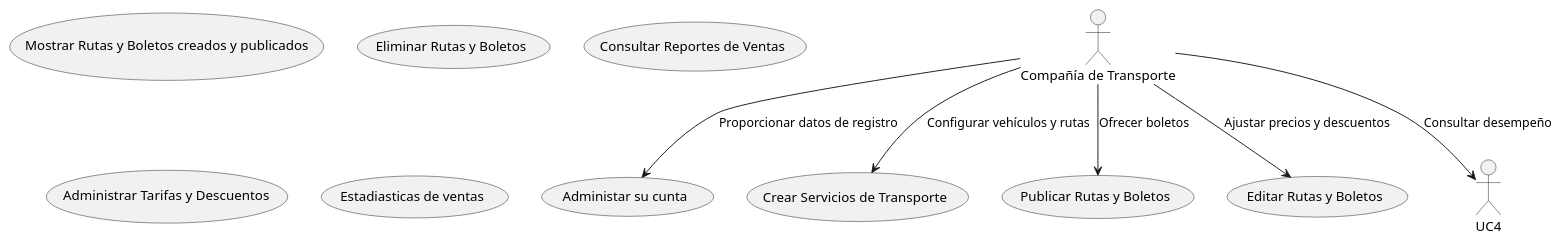
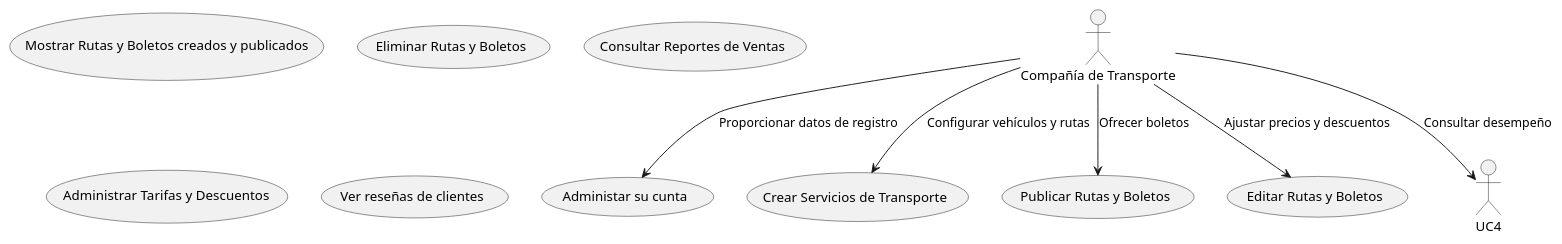
One commit to GabrielCarrilloF/AirWay---System changed the diagram in Documentation/use cases/Companies.puml. Above: the diagram before and after it, drawn with PlantUML.

Commit message:
Add useCase in Company

```diff
--- a/Documentation/use cases/Companies.puml
+++ b/Documentation/use cases/Companies.puml
@@ -1,22 +1,23 @@
 @startuml c
 actor "Compañía de Transporte" as Company
 
     usecase "Registrar Compañía" as UC1
     usecase "Administar su cunta" as UC1
     usecase "Crear Servicios de Transporte" as UC2
     usecase "Publicar Rutas y Boletos" as UC3
     usecase "Editar Rutas y Boletos" as UC5
     usecase "Mostrar Rutas y Boletos creados y publicados" as UC6
     usecase "Eliminar Rutas y Boletos" as UC7
     usecase "Consultar Reportes de Ventas" as UC8
     usecase "Administrar Tarifas y Descuentos" as UC9
     usecase "Estadiasticas de ventas" as UC10
+    usecase "Ver reseñas de clientes" as UC10
 
 
 Company --> UC1 : "Proporcionar datos de registro"
 Company --> UC2 : "Configurar vehículos y rutas"
 Company --> UC3 : "Ofrecer boletos"
 Company --> UC4 : "Consultar desempeño"
 Company --> UC5 : "Ajustar precios y descuentos"
 
 @enduml
```
